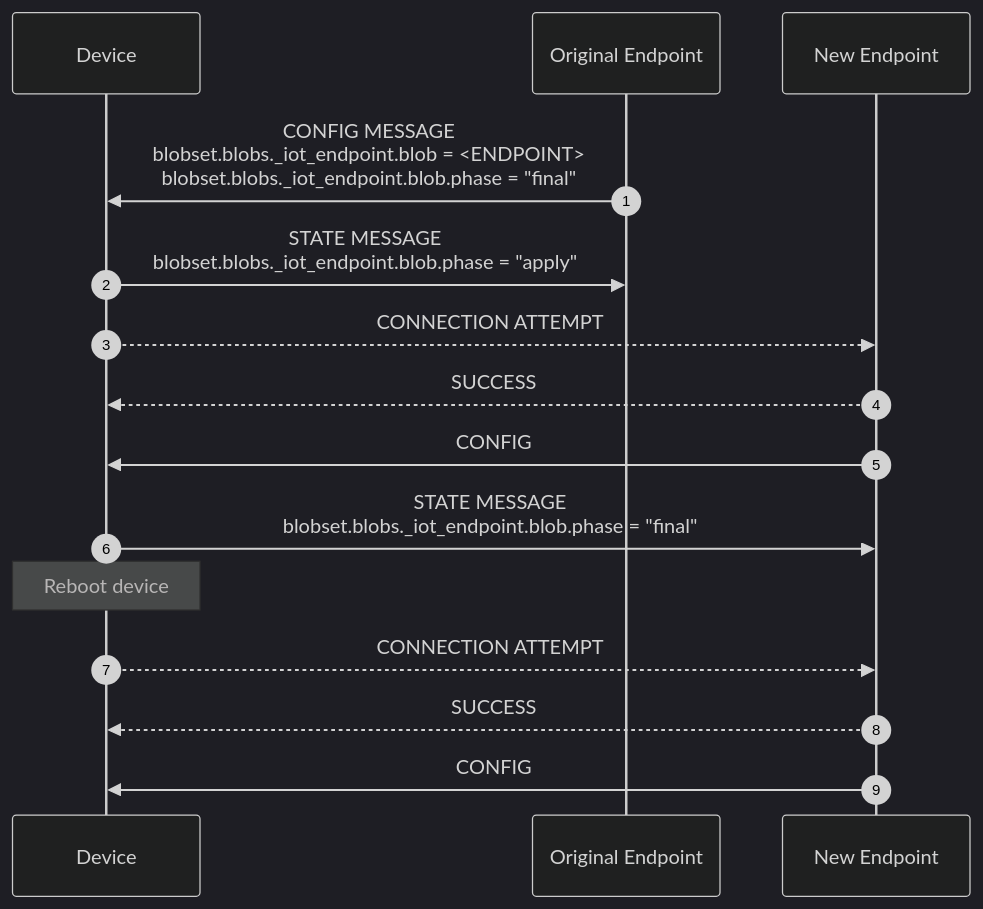
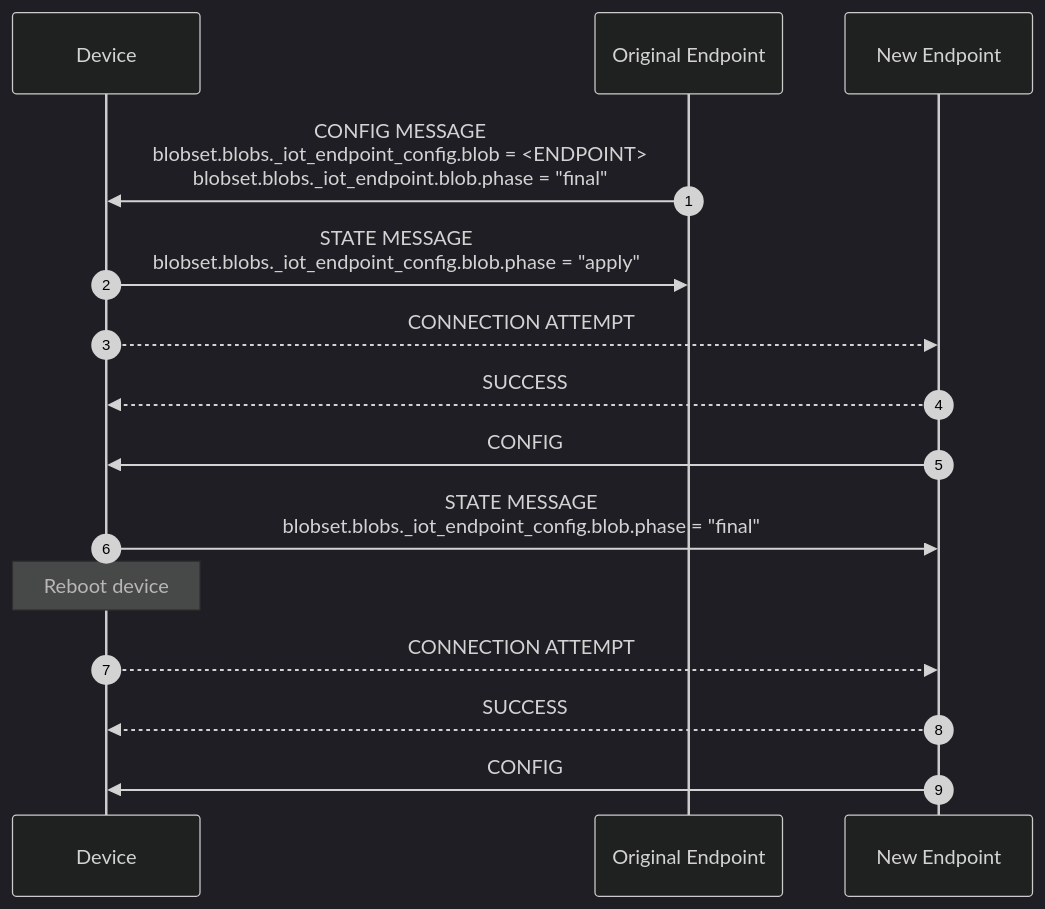
One commit to faucetsdn/udmi changed the first of 2 diagrams in docs/specs/sequences/endpoint_reconfiguration.md. Above: the diagram before and after it, drawn with Mermaid (dark theme). The commit also changed other lines of this file, not shown here.

Commit message:
rename _iot_endpoint to _iot_endpoint_config

````diff
--- a/docs/specs/sequences/endpoint_reconfiguration.md
+++ b/docs/specs/sequences/endpoint_reconfiguration.md
@@ -16,18 +16,18 @@
 ```mermaid
 %%{wrap}%%
 sequenceDiagram
     autonumber
     participant D as Device
     participant E as Original Endpoint
     participant E' as New Endpoint
-    E->>D:CONFIG MESSAGE<br>blobset.blobs._iot_endpoint.blob = <ENDPOINT><br>blobset.blobs._iot_endpoint.blob.phase = "final"
-    D->>E:STATE MESSAGE<BR>blobset.blobs._iot_endpoint.blob.phase = "apply"
+    E->>D:CONFIG MESSAGE<br>blobset.blobs._iot_endpoint_config.blob = <ENDPOINT><br>blobset.blobs._iot_endpoint.blob.phase = "final"
+    D->>E:STATE MESSAGE<BR>blobset.blobs._iot_endpoint_config.blob.phase = "apply"
     D-->>E':CONNECTION ATTEMPT
     E'-->>D:SUCCESS
     E'->>D:CONFIG
-    D->>E':STATE MESSAGE<BR>blobset.blobs._iot_endpoint.blob.phase = "final"
+    D->>E':STATE MESSAGE<BR>blobset.blobs._iot_endpoint_config.blob.phase = "final"
     note over D: Reboot device
     D-->>E':CONNECTION ATTEMPT
     E'-->>D:SUCCESS
     E'->>D:CONFIG
 ```
````
